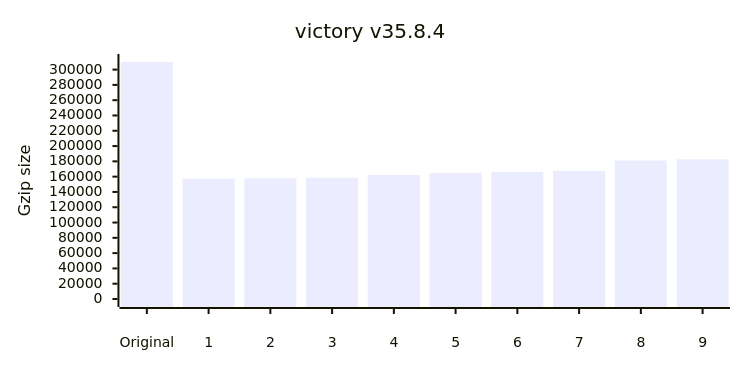
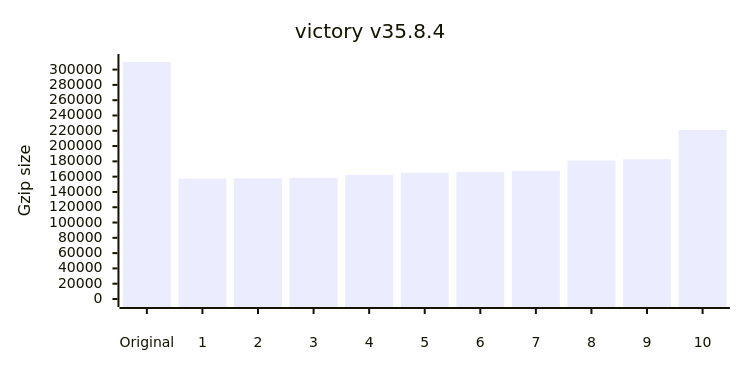
The ninth of 12 diagrams in README.md (privatenumber/minification-benchmarks), drawn with Mermaid before and after one commit. The commit also changed other lines of this file and 1 other file, not shown here.

````diff
--- a/README.md
+++ b/README.md
@@ -397,17 +406,17 @@
 ```mermaid
 ---
 config:
     xyChart:
         width: 720
         height: 360
         xAxis:
             labelPadding: 20
         yAxis:
             labelPadding: 10
 ---
 xychart-beta
 	title "victory v35.8.4"
-	x-axis ["Original",1,2,3,4,5,6,7,8,9]
+	x-axis ["Original",1,2,3,4,5,6,7,8,9,10]
 	y-axis "Gzip size" 0 --> 309942
-	bar [309942,157435,157765,158459,162254,165014,166176,167579,181071,182671]
+	bar [309942,157435,157765,158459,162254,165014,166176,167579,181071,182671,221118]
 ```
````
